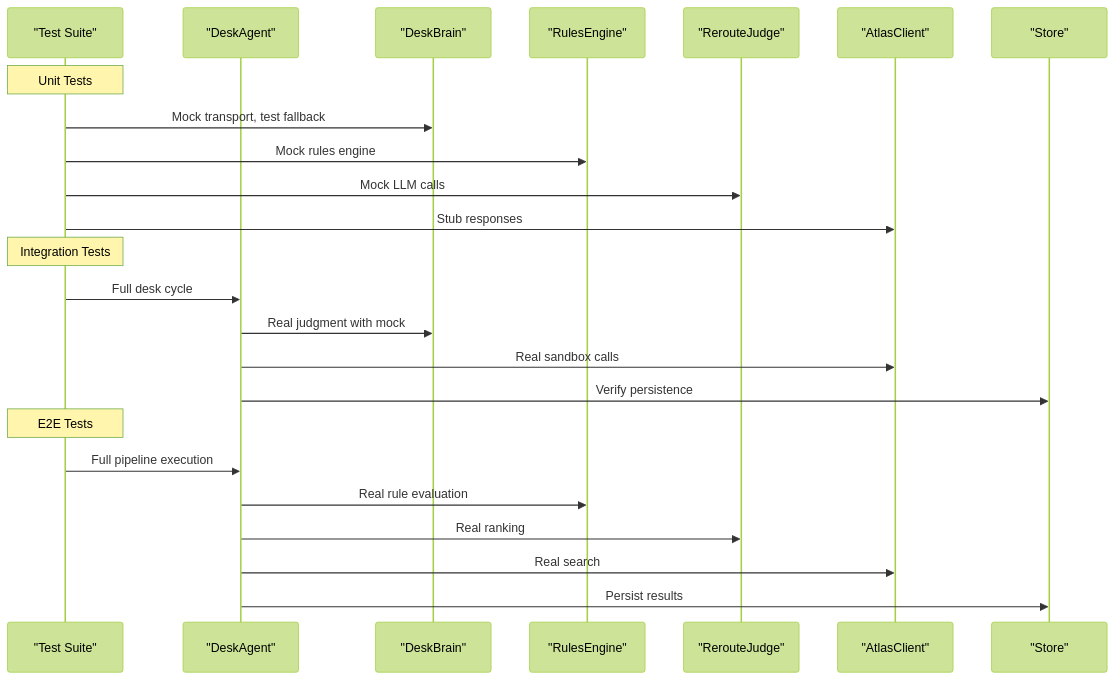
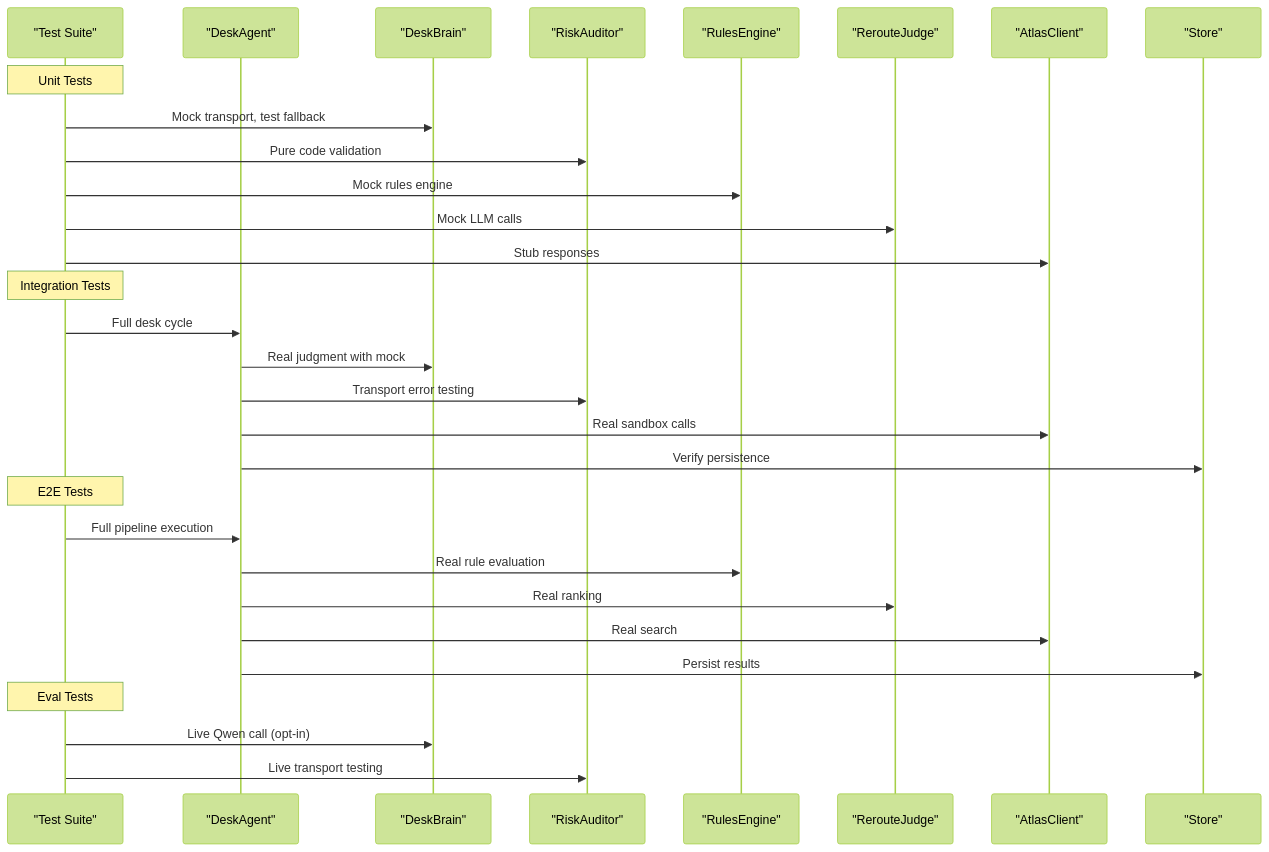
One commit to jaydonnnk/waypoint changed the second of 3 diagrams in .qoder/repowiki/en/content/Testing Strategy.md. Above: the diagram before and after it, drawn with Mermaid (forest theme). The commit also changed other lines of this file and 36 other files, not shown here.

````diff
--- a/.qoder/repowiki/en/content/Testing Strategy.md
+++ b/.qoder/repowiki/en/content/Testing Strategy.md
@@ -147,26 +191,32 @@
 ```mermaid
 sequenceDiagram
 participant Test as "Test Suite"
 participant Agent as "DeskAgent"
 participant Brain as "DeskBrain"
+participant Auditor as "RiskAuditor"
 participant Rules as "RulesEngine"
 participant Judge as "RerouteJudge"
 participant Atlas as "AtlasClient"
 participant DB as "Store"
 Note over Test : Unit Tests
 Test->>Brain : Mock transport, test fallback
+Test->>Auditor : Pure code validation
 Test->>Rules : Mock rules engine
 Test->>Judge : Mock LLM calls
 Test->>Atlas : Stub responses
 Note over Test : Integration Tests
 Test->>Agent : Full desk cycle
 Agent->>Brain : Real judgment with mock
+Agent->>Auditor : Transport error testing
 Agent->>Atlas : Real sandbox calls
 Agent->>DB : Verify persistence
 Note over Test : E2E Tests
 Test->>Agent : Full pipeline execution
 Agent->>Rules : Real rule evaluation
 Agent->>Judge : Real ranking
 Agent->>Atlas : Real search
 Agent->>DB : Persist results
+Note over Test : Eval Tests
+Test->>Brain : Live Qwen call (opt-in)
+Test->>Auditor : Live transport testing
 ```
````
